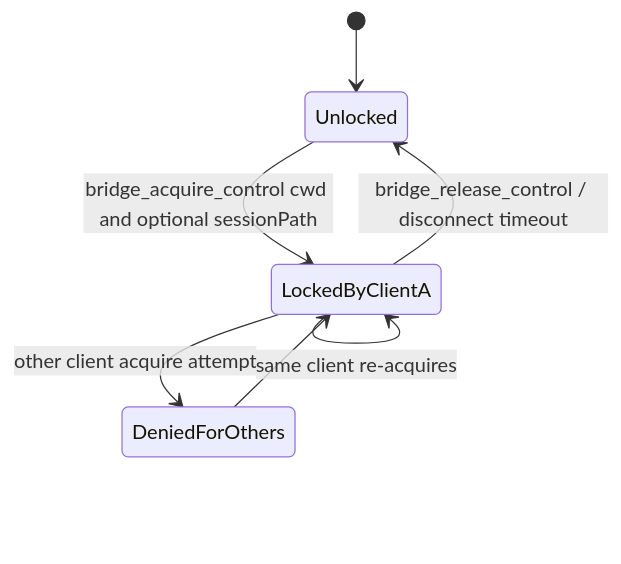
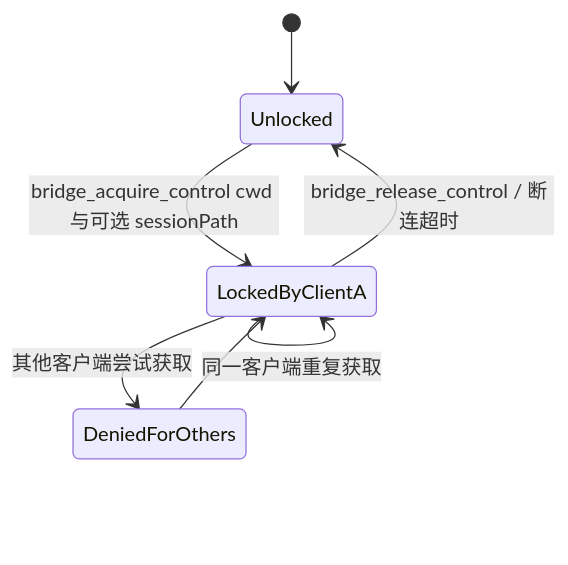
The fifth of 5 diagrams in docs/architecture.md (GuoZhenKuang/pipilot), drawn with Mermaid before and after one commit. The commit also changed other lines of this file and 7 other files, not shown here.

````diff
--- a/docs/architecture.md
+++ b/docs/architecture.md
@@ -109,9 +110,9 @@
 ```mermaid
 stateDiagram-v2
     [*] --> Unlocked
-    Unlocked --> LockedByClientA: bridge_acquire_control cwd and optional sessionPath
-    LockedByClientA --> LockedByClientA: same client re-acquires
-    LockedByClientA --> DeniedForOthers: other client acquire attempt
+    Unlocked --> LockedByClientA: bridge_acquire_control cwd 与可选 sessionPath
+    LockedByClientA --> LockedByClientA: 同一客户端重复获取
+    LockedByClientA --> DeniedForOthers: 其他客户端尝试获取
     DeniedForOthers --> LockedByClientA
-    LockedByClientA --> Unlocked: bridge_release_control / disconnect timeout
+    LockedByClientA --> Unlocked: bridge_release_control / 断连超时
 ```
````
